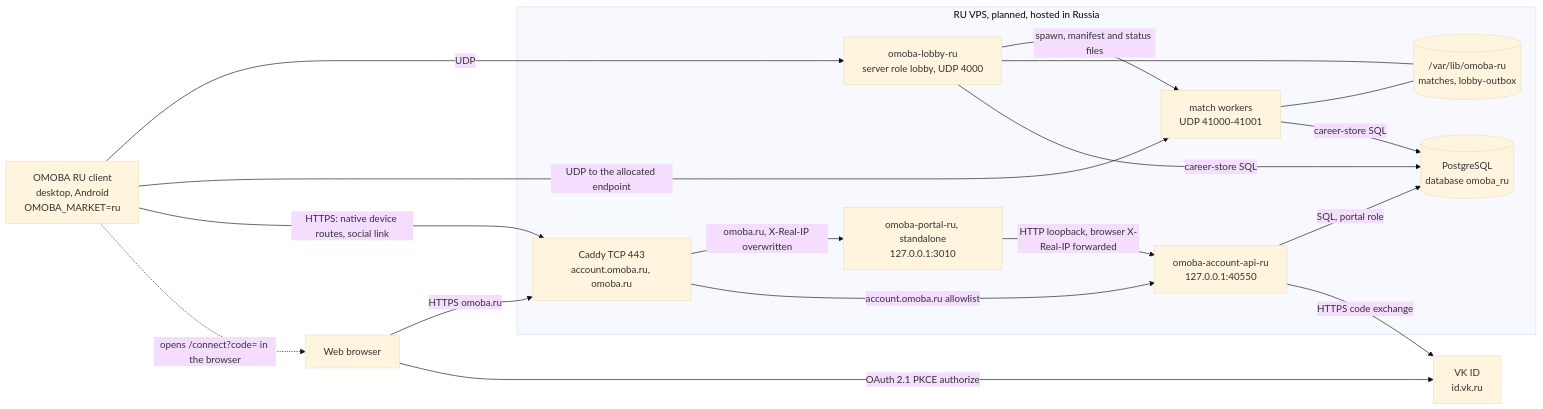
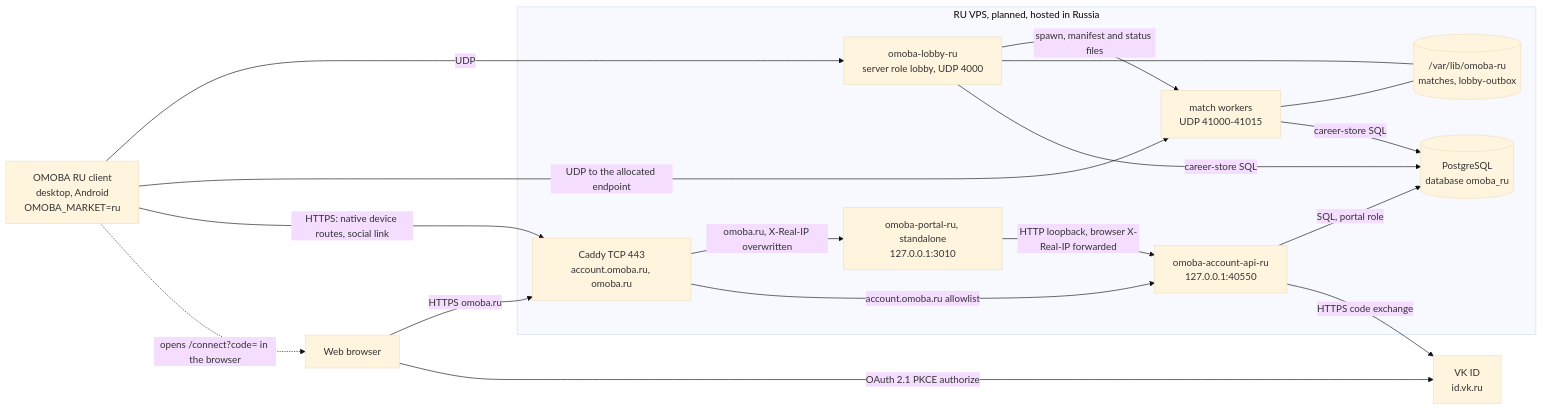
One commit to o-moba/omoba-bevy changed the second of 2 diagrams in docs/architecture/system.md. Above: the diagram before and after it, drawn with Mermaid (base theme). The commit also changed other lines of this file and 68 other files, not shown here.

````diff
--- a/docs/architecture/system.md
+++ b/docs/architecture/system.md
@@ -275,32 +275,32 @@
 ```mermaid
 flowchart LR
   client["OMOBA RU client<br/>desktop, Android<br/>OMOBA_MARKET=ru"]
   browser["Web browser"]
   vk["VK ID<br/>id.vk.ru"]
   subgraph ru["RU VPS, planned, hosted in Russia"]
     caddy["Caddy TCP 443<br/>account.omoba.ru, omoba.ru"]
     lobby["omoba-lobby-ru<br/>server role lobby, UDP 4000"]
-    workers["match workers<br/>UDP 41000-41001"]
+    workers["match workers<br/>UDP 41000-41015"]
     api["omoba-account-api-ru<br/>127.0.0.1:40550"]
     portal["omoba-portal-ru, standalone<br/>127.0.0.1:3010"]
     pg[("PostgreSQL<br/>database omoba_ru")]
     files[("/var/lib/omoba-ru<br/>matches, lobby-outbox")]
   end
 
   client -->|"UDP"| lobby
   client -->|"UDP to the allocated endpoint"| workers
   lobby -->|"spawn, manifest and status files"| workers
   lobby --- files
   workers --- files
   lobby -->|"career-store SQL"| pg
   workers -->|"career-store SQL"| pg
   client -->|"HTTPS: native device routes, social link"| caddy
   client -.->|"opens /connect?code= in the browser"| browser
   browser -->|"HTTPS omoba.ru"| caddy
   browser -->|"OAuth 2.1 PKCE authorize"| vk
   caddy -->|"omoba.ru, X-Real-IP overwritten"| portal
   portal -->|"HTTP loopback, browser X-Real-IP forwarded"| api
   caddy -->|"account.omoba.ru allowlist"| api
   api -->|"SQL, portal role"| pg
   api -->|"HTTPS code exchange"| vk
 ```
````
